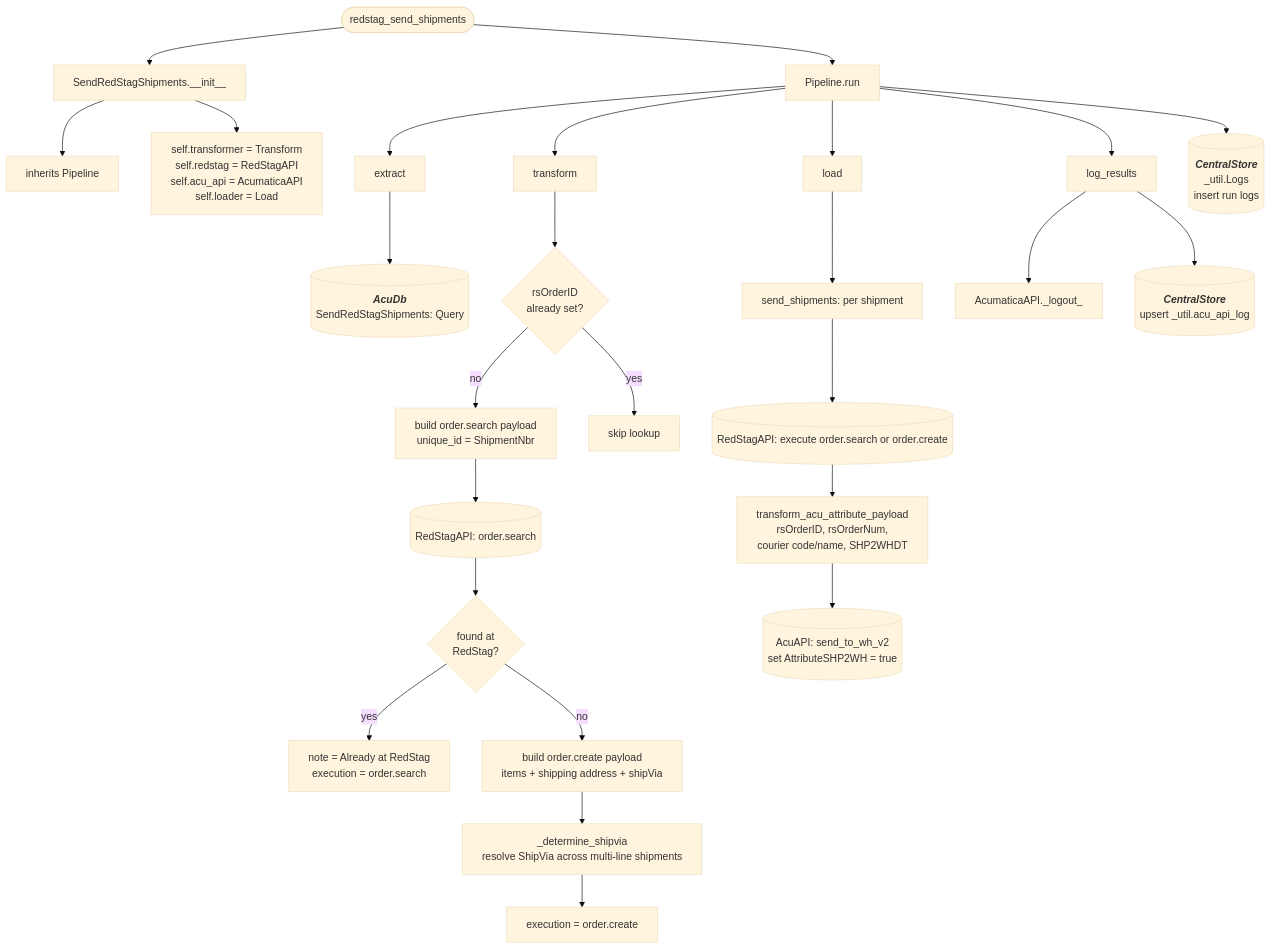
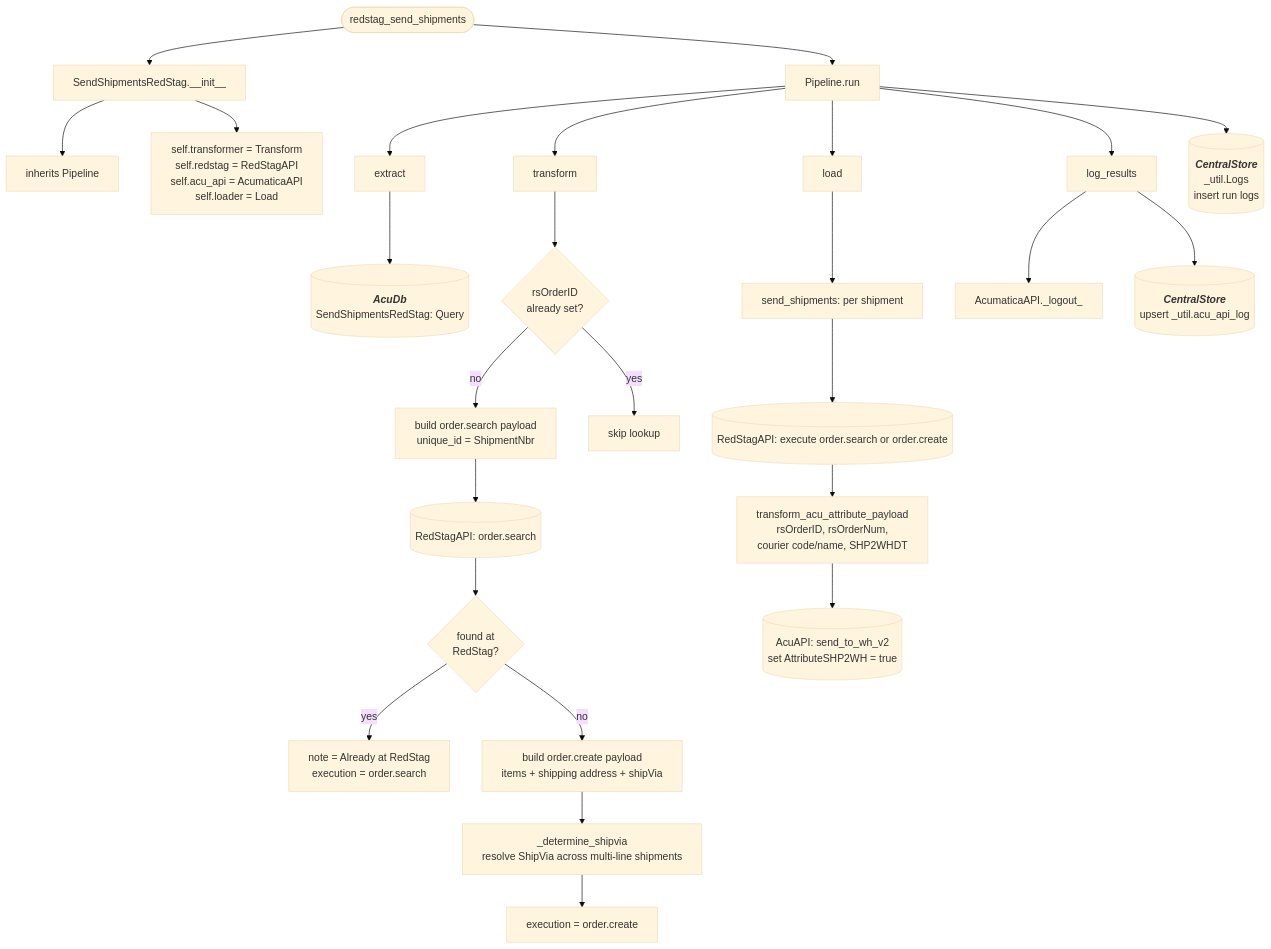
Before and after one commit to journeyhl/integration-platform: the diagram in docs/functions/redstag_send_shipment_pipeline.md, drawn with Mermaid (base theme). The commit also changed other lines of this file and 28 other files, not shown here.

Commit message:
UCMI shopify work, good to go, just needs to deploy klaviyo data push work changed name of redstag send shipments pipe

````diff
--- a/docs/functions/redstag_send_shipment_pipeline.md
+++ b/docs/functions/redstag_send_shipment_pipeline.md
@@ -16,47 +16,47 @@
 ```mermaid
 %%{init: {"flowchart": {"wrappingWidth": 400}}}%%
 flowchart TD
-    A([redstag_send_shipments]) --> B[SendRedStagShipments.__init__]
+    A([redstag_send_shipments]) --> B[SendShipmentsRedStag.__init__]
     B --> B1[inherits Pipeline]
     B --> B2[
         self.transformer = Transform
         self.redstag = RedStagAPI
         self.acu_api = AcumaticaAPI
         self.loader = Load
     ]
     A --> RUN[Pipeline.run]
 
     RUN --> EX[extract]
     EX --> D1[(
         <b><i>AcuDb</i></b>
-        SendRedStagShipments: Query
+        SendShipmentsRedStag: Query
     )]
 
     RUN --> TR[transform]
     TR --> TR1{rsOrderID<br/>already set?}
     TR1 -->|no| TR2[build order.search payload<br/>unique_id = ShipmentNbr]
     TR2 --> RS1[(RedStagAPI: order.search)]
     RS1 --> TR3{found at<br/>RedStag?}
     TR3 -->|yes| TR4[note = Already at RedStag<br/>execution = order.search]
     TR3 -->|no| TR5[build order.create payload<br/>items + shipping address + shipVia]
     TR5 --> TR6[_determine_shipvia<br/>resolve ShipVia across multi-line shipments]
     TR6 --> TR7[execution = order.create]
     TR1 -->|yes| TR8[skip lookup]
 
     RUN --> LD[load]
     LD --> LD1[send_shipments: per shipment]
     LD1 --> RS2[(RedStagAPI: execute order.search or order.create)]
     RS2 --> LD2[transform_acu_attribute_payload<br/>rsOrderID, rsOrderNum,<br/>courier code/name, SHP2WHDT]
     LD2 --> ACU1[(AcuAPI: send_to_wh_v2<br/>set AttributeSHP2WH = true)]
 
     RUN --> LR[log_results]
     LR --> LO[AcumaticaAPI._logout_]
     LR --> UPS[(
         <b><i>CentralStore</i></b>
         upsert _util.acu_api_log
     )]
     RUN --> LOGS[(
         <b><i>CentralStore</i></b>
         _util.Logs<br/>insert run logs
     )]
 ```
````
